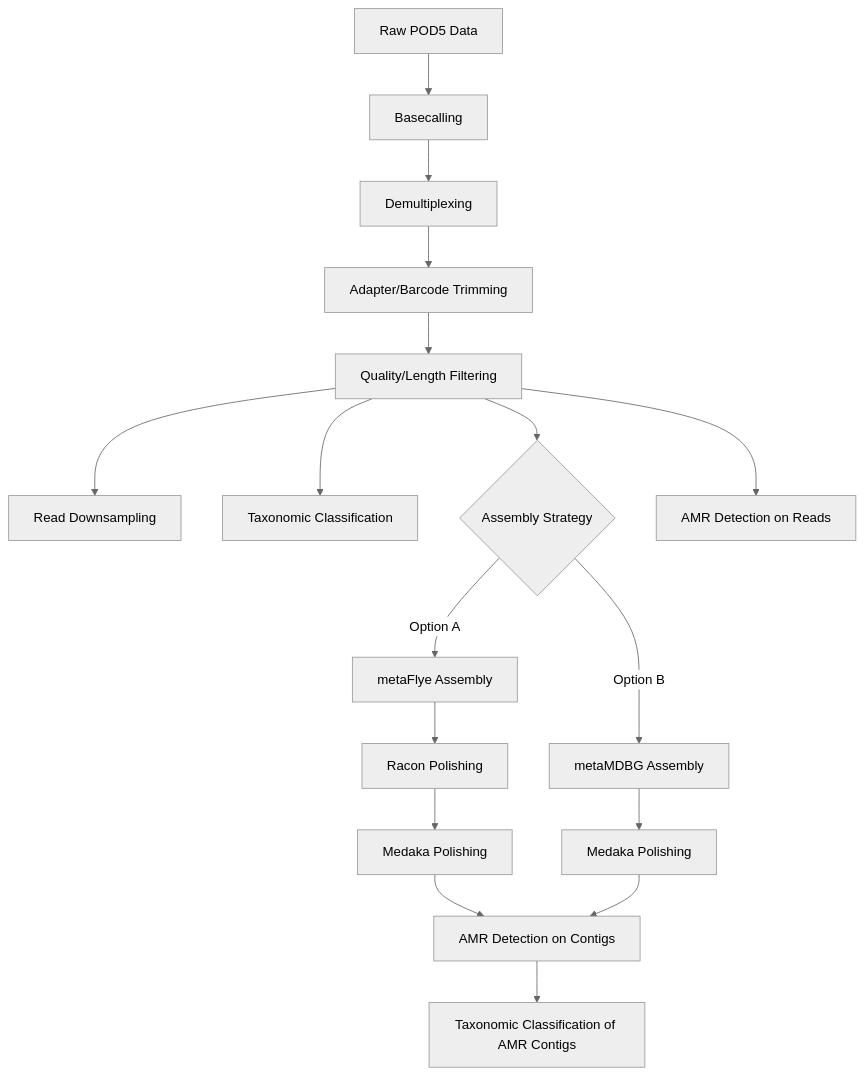
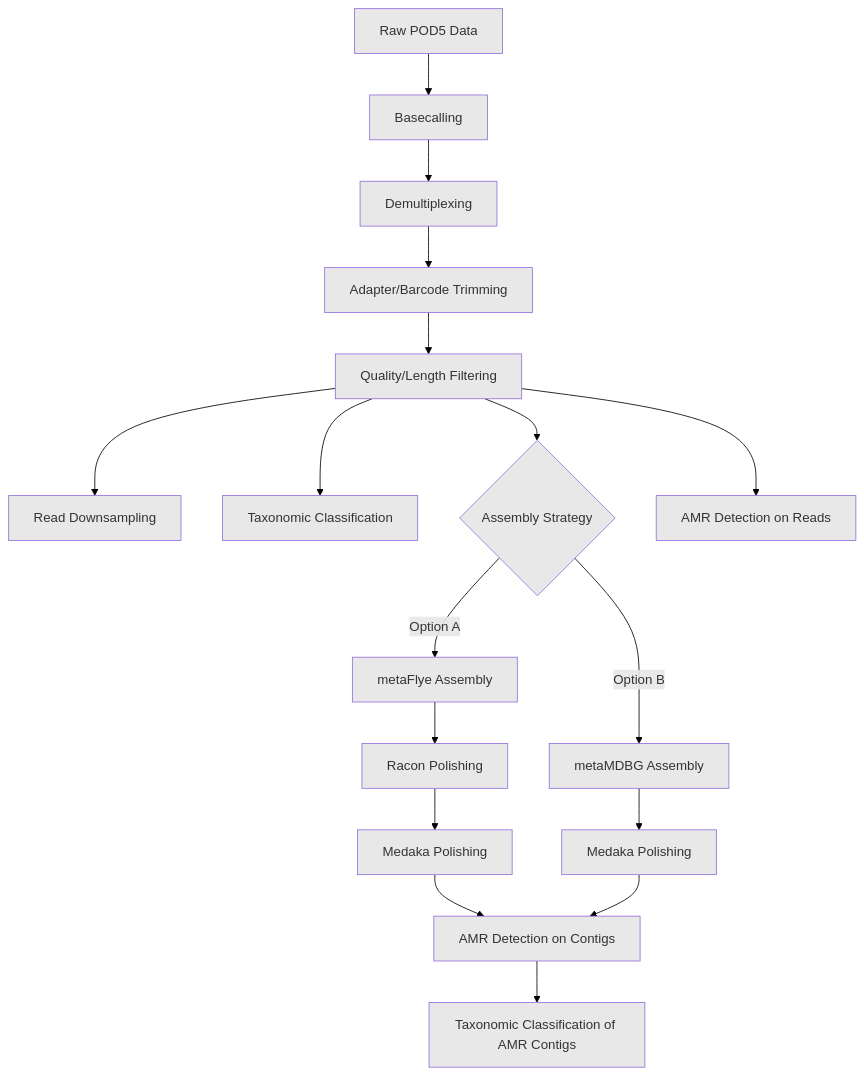
Before and after one commit to ttmgr/Wetland_Health: the diagram in dna_shotgun_analysis_pipeline.md, drawn with Mermaid.

````diff
--- a/dna_shotgun_analysis_pipeline.md
+++ b/dna_shotgun_analysis_pipeline.md
@@ -35,20 +35,20 @@
 ```mermaid
-%%{init: {'theme':'neutral'}}%%
+%%{init: {'theme':'default', 'themeVariables': { 'primaryColor':'#fff', 'primaryTextColor':'#000', 'primaryBorderColor':'#7C0000', 'lineColor':'#000', 'secondaryColor':'#f9f9f9', 'tertiaryColor':'#fff', 'background':'#ffffff', 'mainBkg':'#e8e8e8', 'secondBkg':'#f0f0f0', 'tertiaryBkg':'#ffffff'}}}%%
 graph TD
     A[Raw POD5 Data] --> B[Basecalling]
     B --> C[Demultiplexing]
     C --> D[Adapter/Barcode Trimming]
     D --> E[Quality/Length Filtering]
     E --> F[Read Downsampling]
     E --> G[Taxonomic Classification]
     E --> H{Assembly Strategy}
     H -->|Option A| I[metaFlye Assembly]
     H -->|Option B| J[metaMDBG Assembly]
     I --> K[Racon Polishing]
     K --> L[Medaka Polishing]
     J --> M[Medaka Polishing]
     E --> N[AMR Detection on Reads]
     L --> O[AMR Detection on Contigs]
     M --> O
     O --> P[Taxonomic Classification of AMR Contigs]
 ```
````
